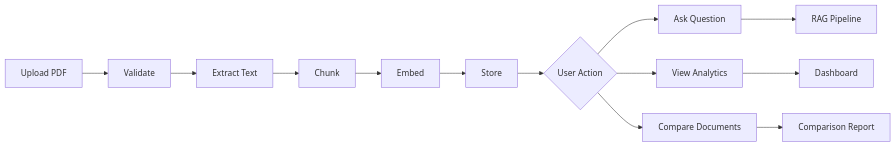
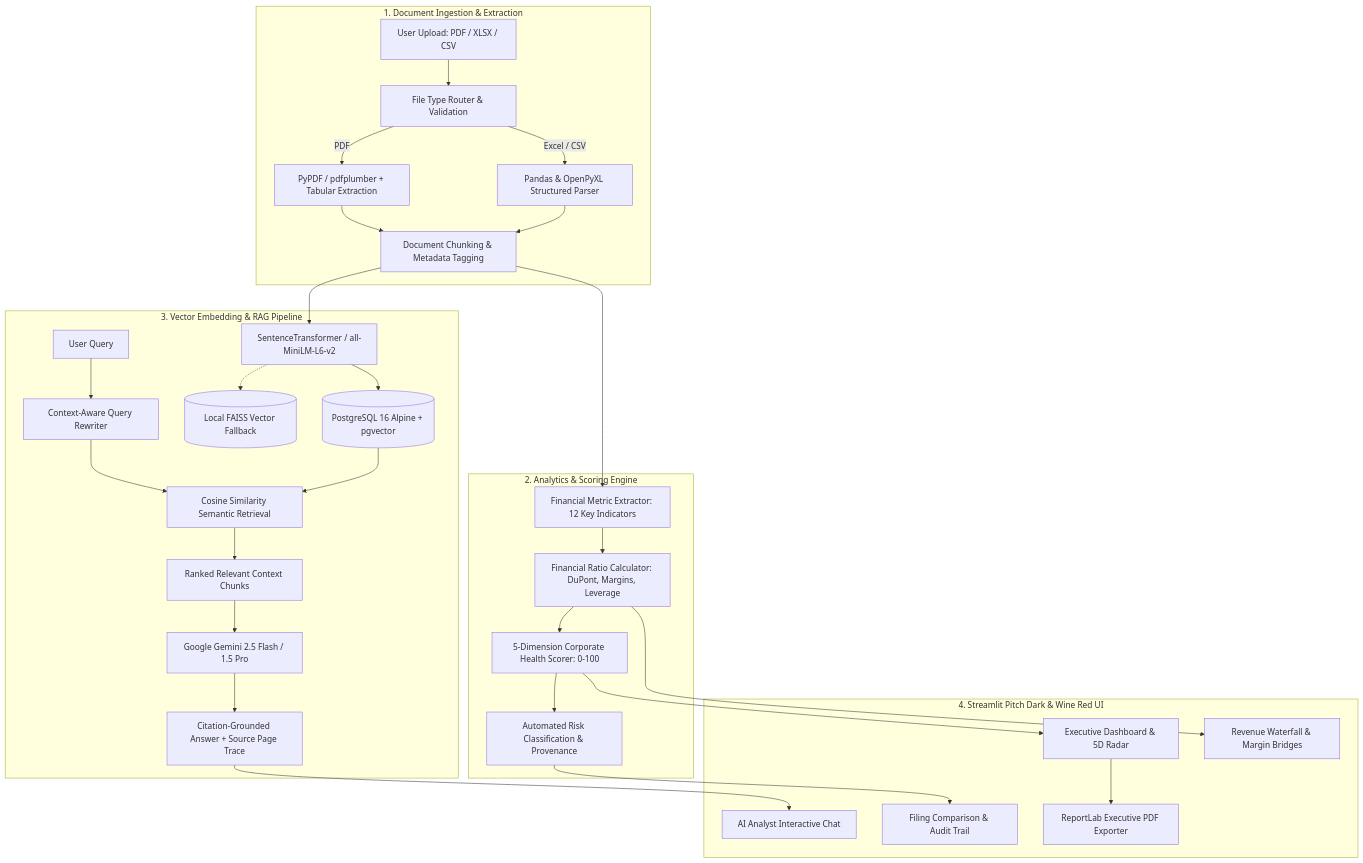
The diagram in README.md (Samar-365/Financial-Document-Intelligence-RAG-Analytics-Platform), drawn with Mermaid before and after one commit. The commit also changed other lines of this file, not shown here.

````diff
--- a/README.md
+++ b/README.md
@@ -209,15 +75,37 @@
 ```mermaid
-flowchart LR
-    A[ Upload PDF] --> B[ Validate]
-    B --> C[ Extract Text]
-    C --> D[ Chunk]
-    D --> E[ Embed]
-    E --> F[ Store]
-    F --> G{User Action}
-    G --> H[ Ask Question]
-    G --> I[ View Analytics]
-    G --> J[ Compare Documents]
-    H --> K[ RAG Pipeline]
-    I --> L[ Dashboard]
-    J --> M[ Comparison Report]
+flowchart TD
+    subgraph Ingestion ["1. Document Ingestion & Extraction"]
+        A[User Upload: PDF / XLSX / CSV] --> B[File Type Router & Validation]
+        B -->|PDF| C[PyPDF / pdfplumber + Tabular Extraction]
+        B -->|Excel / CSV| D[Pandas & OpenPyXL Structured Parser]
+        C --> E[Document Chunking & Metadata Tagging]
+        D --> E
+    end
+
+    subgraph Analytics ["2. Analytics & Scoring Engine"]
+        E --> F[Financial Metric Extractor: 12 Key Indicators]
+        F --> G[Financial Ratio Calculator: DuPont, Margins, Leverage]
+        G --> H[5-Dimension Corporate Health Scorer: 0-100]
+        H --> I[Automated Risk Classification & Provenance]
+    end
+
+    subgraph Retrieval ["3. Vector Embedding & RAG Pipeline"]
+        E --> J[SentenceTransformer / all-MiniLM-L6-v2]
+        J --> K[(PostgreSQL 16 Alpine + pgvector)]
+        J -.-> L[(Local FAISS Vector Fallback)]
+        M[User Query] --> N[Context-Aware Query Rewriter]
+        N --> O[Cosine Similarity Semantic Retrieval]
+        K --> O
+        O --> P[Ranked Relevant Context Chunks]
+        P --> Q[Google Gemini 2.5 Flash / 1.5 Pro]
+        Q --> R[Citation-Grounded Answer + Source Page Trace]
+    end
+
+    subgraph Presentation ["4. Streamlit Pitch Dark & Wine Red UI"]
+        H --> S[Executive Dashboard & 5D Radar]
+        G --> T[Revenue Waterfall & Margin Bridges]
+        R --> U[AI Analyst Interactive Chat]
+        I --> V[Filing Comparison & Audit Trail]
+        S --> W[ReportLab Executive PDF Exporter]
+    end
 ```
````
